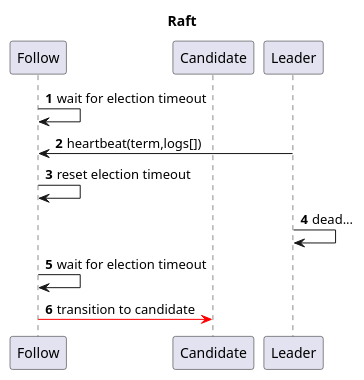
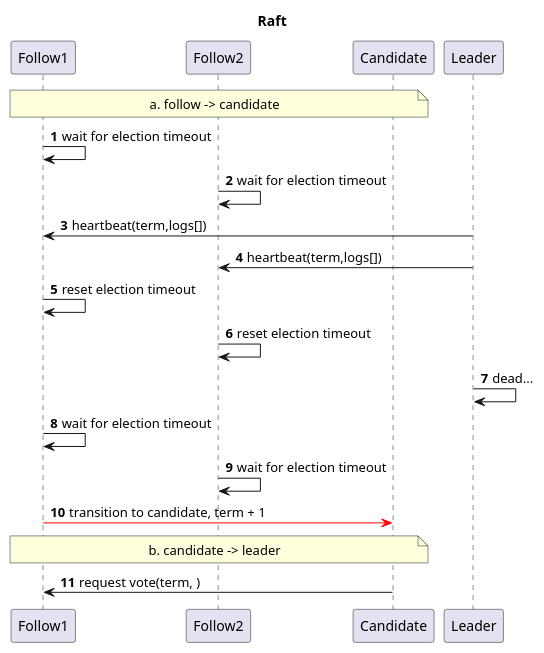
One commit to leemos-xx/astra changed the diagram in doc/raft.plantuml. Above: the diagram before and after it, drawn with PlantUML.

Commit message:
raft流程&参数梳理

```diff
--- a/doc/raft.plantuml
+++ b/doc/raft.plantuml
@@ -1,18 +1,32 @@
 @startuml
 
 title Raft
 
-participant "Follow" as f
+participant "Follow1" as f1
+participant "Follow2" as f2
 participant "Candidate" as c
 participant "Leader" as l
 
 autonumber
 
-f -> f: wait for election timeout
-l -> f: heartbeat(term,logs[])
-f -> f: reset election timeout
+note over f1, c
+a. follow -> candidate
+end note
+f1 -> f1: wait for election timeout
+f2 -> f2: wait for election timeout
+l -> f1: heartbeat(term,logs[])
+l -> f2: heartbeat(term,logs[])
+f1 -> f1: reset election timeout
+f2 -> f2: reset election timeout
 l -> l: dead...
-f -> f: wait for election timeout
-f -[#red]> c: transition to candidate
+f1 -> f1: wait for election timeout
+f2 -> f2: wait for election timeout
+f1 -[#red]> c: transition to candidate, term + 1
+
+note over f1, c
+b. candidate -> leader
+end note
+c -> f1: request vote(term, )
+
 
 @enduml
```
